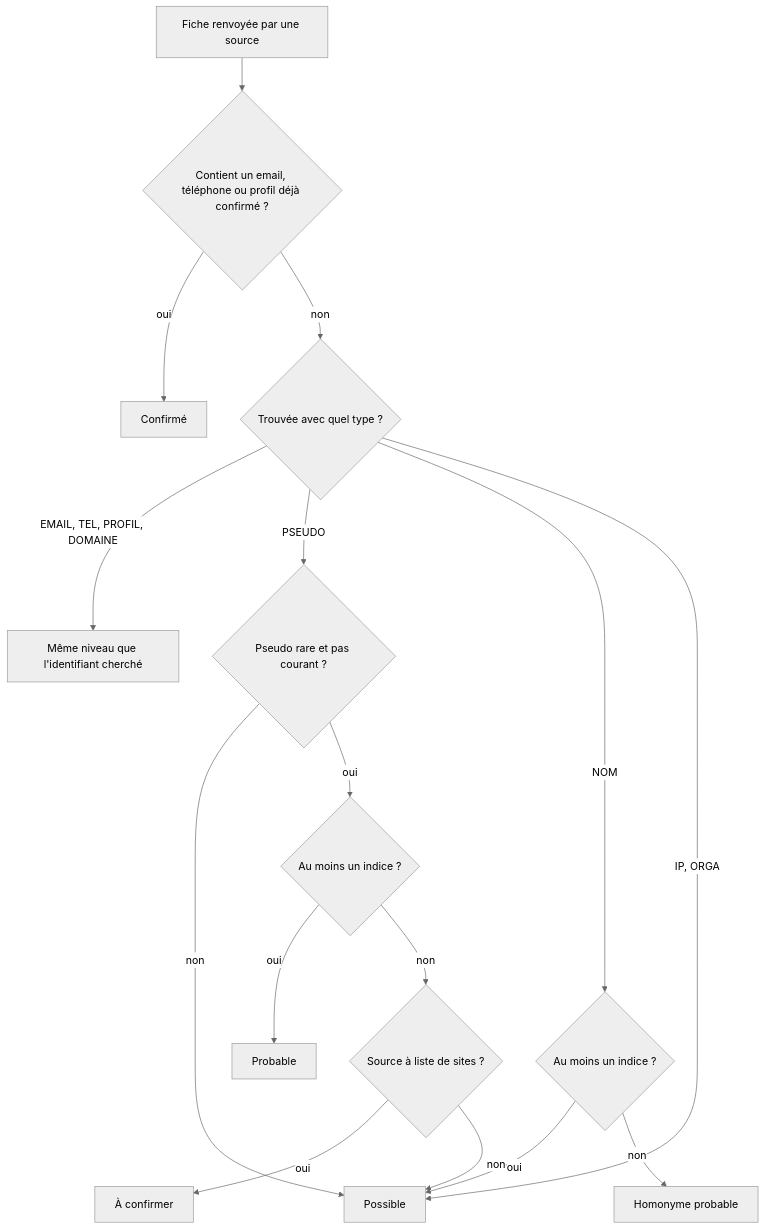
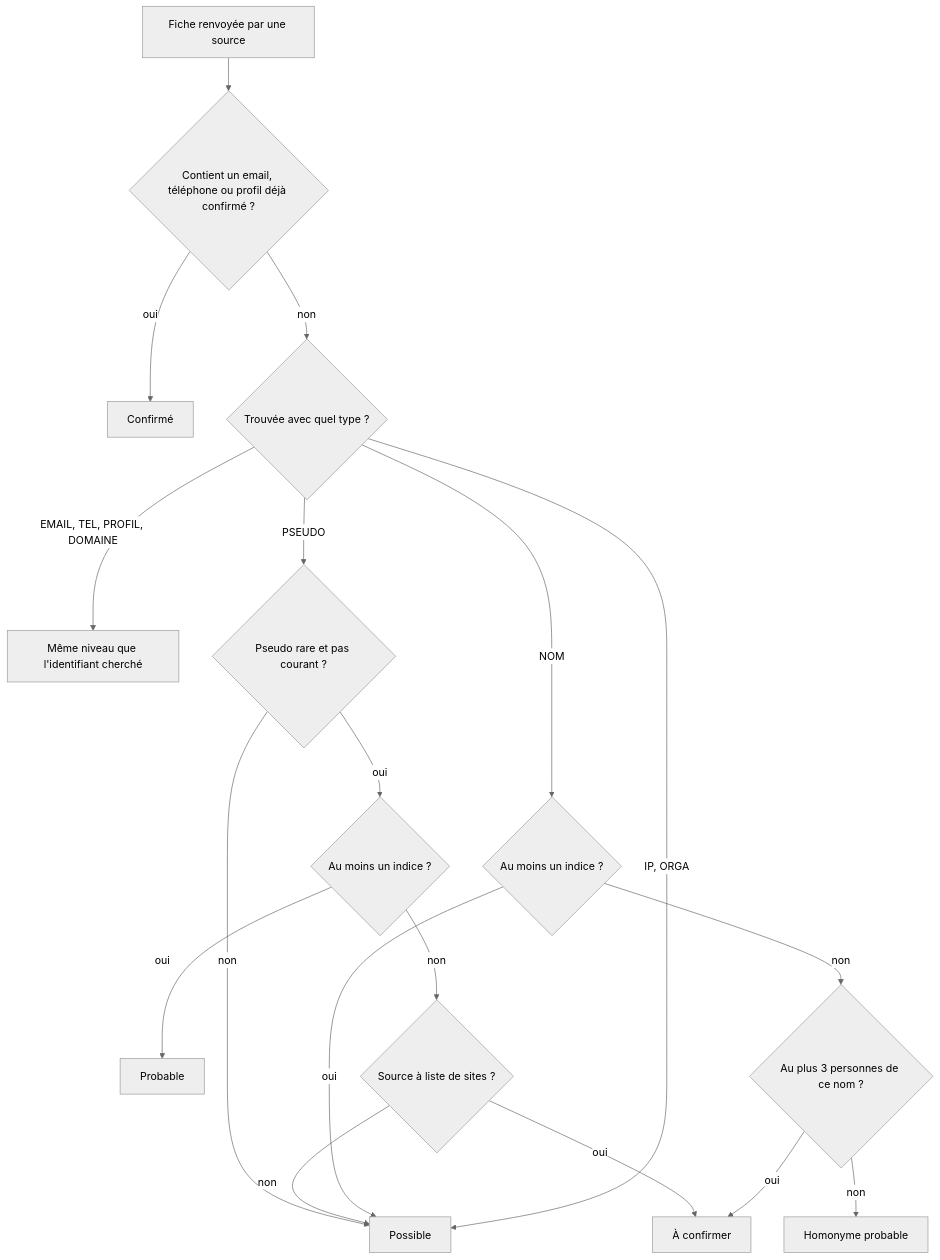
One commit to SaltyKeed/osint-open-doors changed the second of 3 diagrams in docs/guide/06-fonctionnement-de-l-enquete.md. Above: the diagram before and after it, drawn with Mermaid (neutral theme). The commit also changed other lines of this file and 33 other files, not shown here.

````diff
--- a/docs/guide/06-fonctionnement-de-l-enquete.md
+++ b/docs/guide/06-fonctionnement-de-l-enquete.md
@@ -106,18 +108,20 @@
 ```mermaid
 flowchart TD
     A["Fiche renvoyée par une source"] --> B{"Contient un email, téléphone ou profil déjà confirmé ?"}
     B -- oui --> C["Confirmé"]
     B -- non --> D{"Trouvée avec quel type ?"}
     D -- "EMAIL, TEL, PROFIL, DOMAINE" --> E["Même niveau que l'identifiant cherché"]
     D -- PSEUDO --> F{"Pseudo rare et pas courant ?"}
     F -- non --> H["Possible"]
     F -- oui --> L{"Au moins un indice ?"}
     L -- oui --> G["Probable"]
     L -- non --> N{"Source à liste de sites ?"}
     N -- oui --> M["À confirmer"]
     N -- non --> H
     D -- NOM --> I{"Au moins un indice ?"}
     I -- oui --> H
-    I -- non --> J["Homonyme probable"]
+    I -- non --> P{"Au plus 3 personnes de ce nom ?"}
+    P -- oui --> M
+    P -- non --> J["Homonyme probable"]
     D -- "IP, ORGA" --> H
 ```
````
